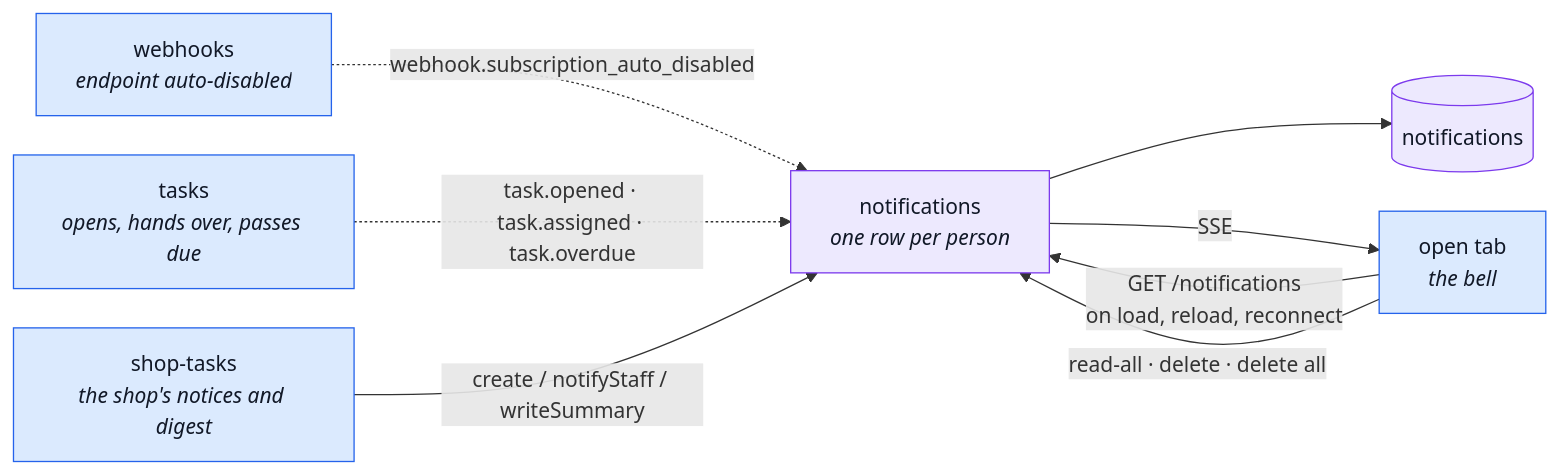
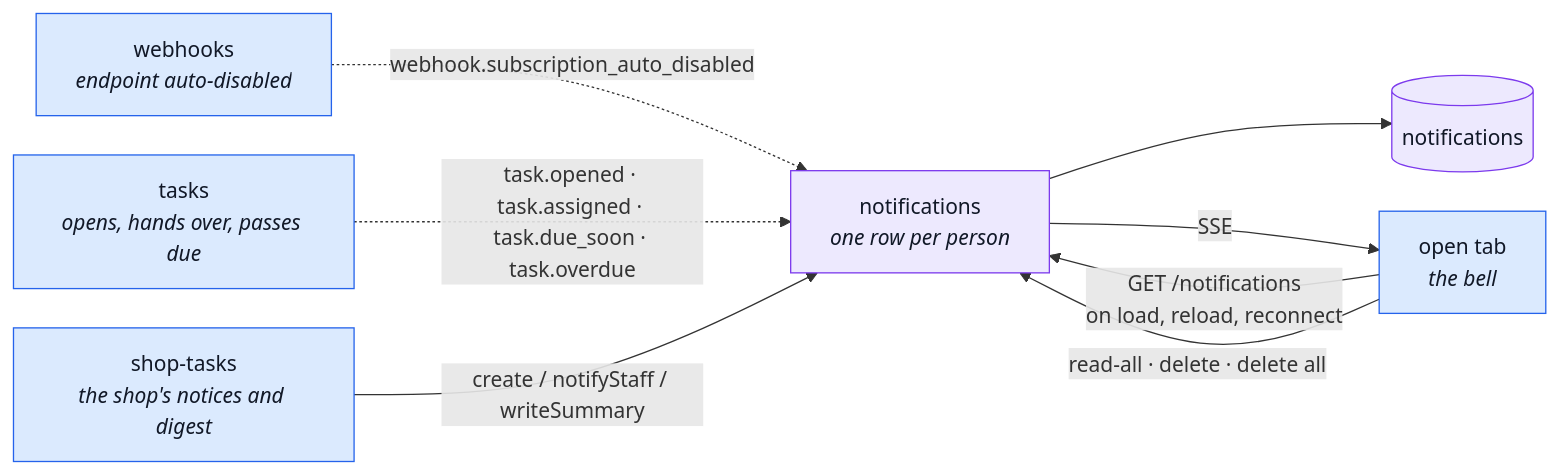
The second of 3 diagrams in docs/modules/notifications.md (Guebbit/boilerplate-node-backend), drawn with Mermaid before and after one commit. The commit also changed other lines of this file and 36 other files, not shown here.

First line of the commit message:
feat(tasks): remind staff once, three days before a to-do falls due

````diff
--- a/docs/modules/notifications.md
+++ b/docs/modules/notifications.md
@@ -87,16 +89,16 @@
 ```mermaid
 %%{init: {'flowchart': {'nodeSpacing': 30, 'rankSpacing': 55}}}%%
 flowchart LR
     W["webhooks<br/><i>endpoint auto-disabled</i>"] -. "webhook.subscription_auto_disabled" .-> N["notifications<br/><i>one row per person</i>"]
-    T["tasks<br/><i>opens, hands over, passes due</i>"] -. "task.opened · task.assigned · task.overdue" .-> N
+    T["tasks<br/><i>opens, hands over, passes due</i>"] -. "task.opened · task.assigned · task.due_soon · task.overdue" .-> N
     S["shop-tasks<br/><i>the shop's notices and digest</i>"] -->|"create / notifyStaff / writeSummary"| N
     N --> DB[("notifications")]
     N -->|"SSE"| B["open tab<br/><i>the bell</i>"]
     B -->|"GET /notifications<br/>on load, reload, reconnect"| N
     B -->|"read-all · delete · delete all"| N
 
     classDef own fill:#ede9fe,stroke:#7c3aed,color:#111827;
     classDef peer fill:#dbeafe,stroke:#2563eb,color:#111827;
     class N,DB own;
     class W,T,S,B peer;
 ```
````
